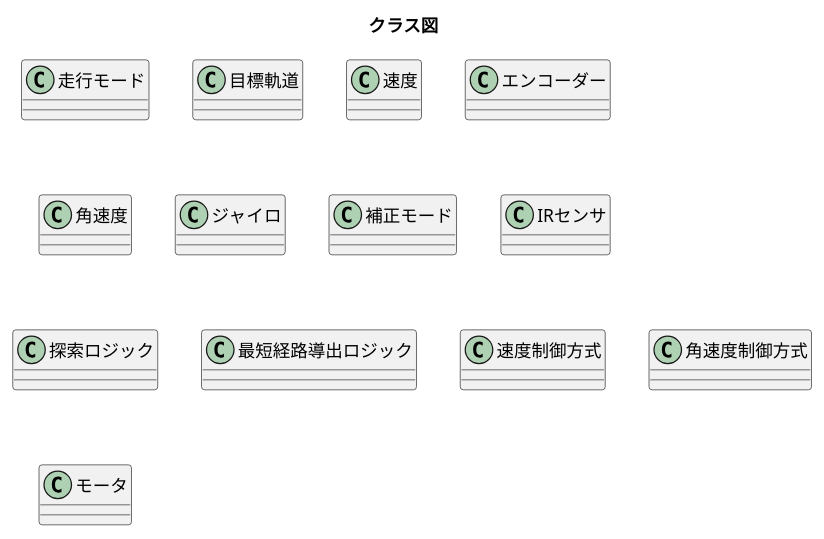
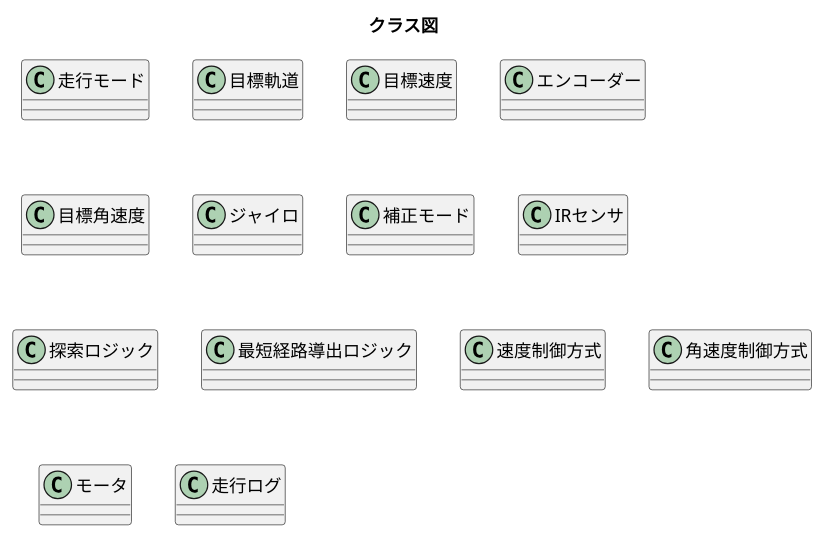
Before and after one commit to okada-y/micromouse: the diagram in uml/class.pu, drawn with PlantUML. The commit also changed other lines of this file, not shown here.

```diff
--- a/uml/class.pu
+++ b/uml/class.pu
@@ -1,19 +1,20 @@
 @startuml
 title クラス図
 
 class 走行モード
 Class 目標軌道
-class 速度
+class 目標速度
 class エンコーダー
-class 角速度
+class 目標角速度
 class ジャイロ
 class 補正モード
 class IRセンサ
 class 探索ロジック
 class 最短経路導出ロジック
 class 速度制御方式
 class 角速度制御方式
 class モータ
+class 走行ログ
 
 
 @enduml
```
